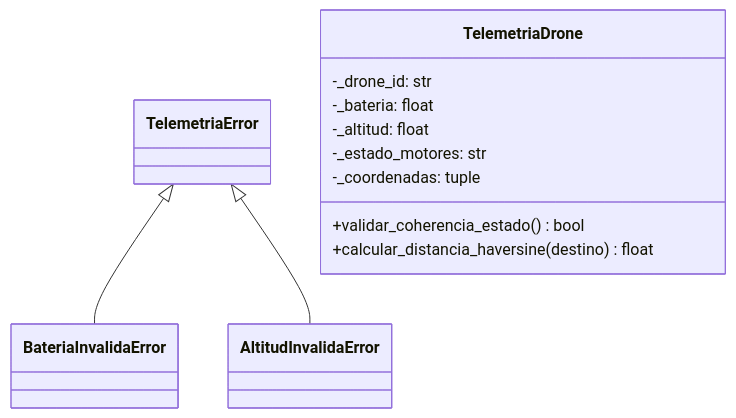
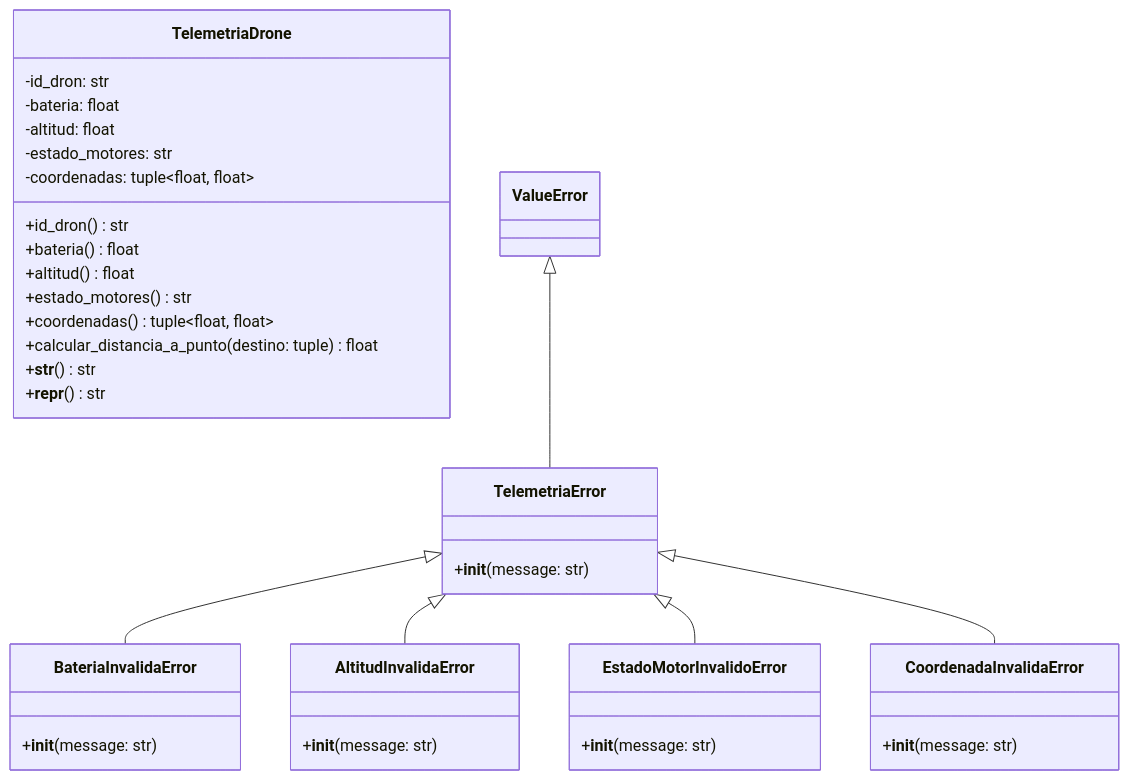
One commit to juanma120808/SkyRoute-Drones-POO changed the diagram in docs/03_modelo_del_mundo_uml.md. Above: the diagram before and after it, drawn with Mermaid. The commit also changed other lines of this file and 3 other files, not shown here.

````diff
--- a/docs/03_modelo_del_mundo_uml.md
+++ b/docs/03_modelo_del_mundo_uml.md
@@ -28,24 +59,44 @@
 ```mermaid
 classDiagram
     class TelemetriaError {
+        +__init__(message: str)
     }
 
     class BateriaInvalidaError {
+        +__init__(message: str)
     }
 
     class AltitudInvalidaError {
+        +__init__(message: str)
+    }
+
+    class EstadoMotorInvalidoError {
+        +__init__(message: str)
+    }
+
+    class CoordenadaInvalidaError {
+        +__init__(message: str)
     }
 
     class TelemetriaDrone {
-        -_drone_id: str
-        -_bateria: float
-        -_altitud: float
-        -_estado_motores: str
-        -_coordenadas: tuple
-        +validar_coherencia_estado() bool
-        +calcular_distancia_haversine(destino) float
+        -id_dron: str
+        -bateria: float
+        -altitud: float
+        -estado_motores: str
+        -coordenadas: tuple~float, float~
+        +id_dron() str
+        +bateria() float
+        +altitud() float
+        +estado_motores() str
+        +coordenadas() tuple~float, float~
+        +calcular_distancia_a_punto(destino: tuple) float
+        +__str__() str
+        +__repr__() str
     }
 
+    ValueError <|-- TelemetriaError
     TelemetriaError <|-- BateriaInvalidaError
     TelemetriaError <|-- AltitudInvalidaError
+    TelemetriaError <|-- EstadoMotorInvalidoError
+    TelemetriaError <|-- CoordenadaInvalidaError
 ```
````
